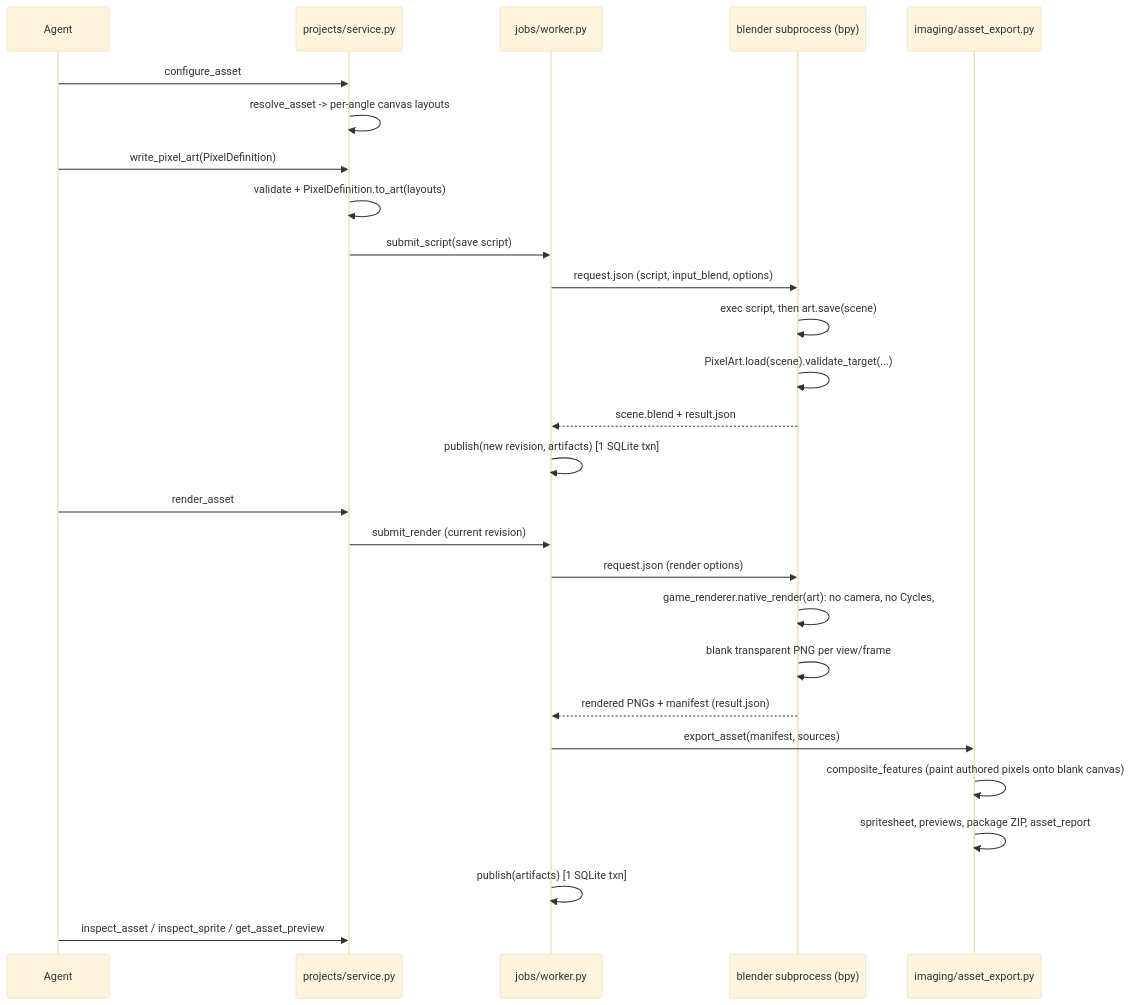
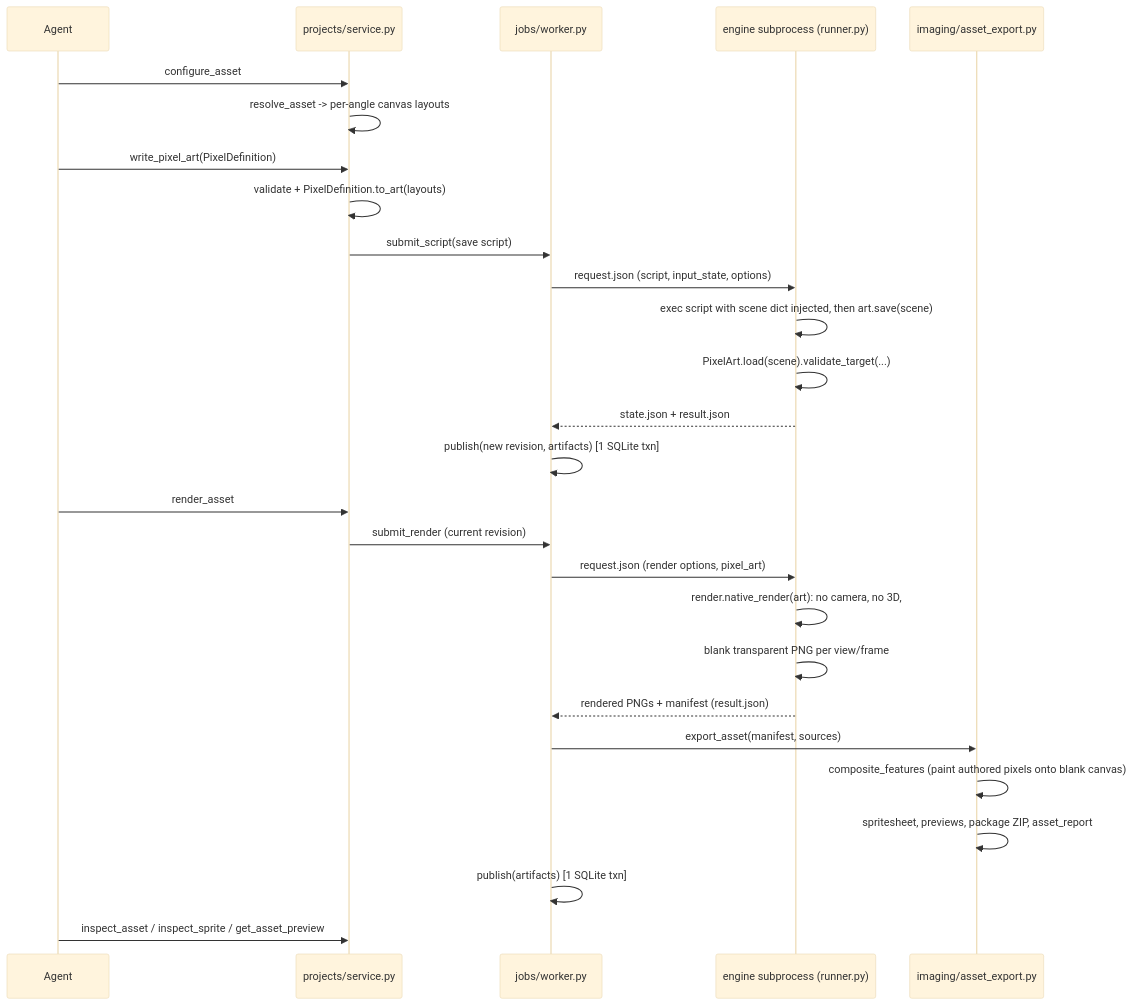
Before and after one commit to NNTin/pixel-art-mcp: the diagram in docs/rendering-pipeline.md, drawn with Mermaid (base theme). The commit also changed other lines of this file and 60 other files, not shown here.

````diff
--- a/docs/rendering-pipeline.md
+++ b/docs/rendering-pipeline.md
@@ -14,30 +15,30 @@
 ```mermaid
 sequenceDiagram
     participant Agent
     participant Service as projects/service.py
     participant Worker as jobs/worker.py
-    participant Blender as blender subprocess (bpy)
+    participant Engine as engine subprocess (runner.py)
     participant Export as imaging/asset_export.py
 
     Agent->>Service: configure_asset
     Service->>Service: resolve_asset -> per-angle canvas layouts
     Agent->>Service: write_pixel_art(PixelDefinition)
     Service->>Service: validate + PixelDefinition.to_art(layouts)
     Service->>Worker: submit_script(save script)
-    Worker->>Blender: request.json (script, input_blend, options)
-    Blender->>Blender: exec script, then art.save(scene)
-    Blender->>Blender: PixelArt.load(scene).validate_target(...)
-    Blender-->>Worker: scene.blend + result.json
+    Worker->>Engine: request.json (script, input_state, options)
+    Engine->>Engine: exec script with scene dict injected, then art.save(scene)
+    Engine->>Engine: PixelArt.load(scene).validate_target(...)
+    Engine-->>Worker: state.json + result.json
     Worker->>Worker: publish(new revision, artifacts) [1 SQLite txn]
     Agent->>Service: render_asset
     Service->>Worker: submit_render (current revision)
-    Worker->>Blender: request.json (render options)
-    Blender->>Blender: game_renderer.native_render(art): no camera, no Cycles,
-    Blender->>Blender: blank transparent PNG per view/frame
-    Blender-->>Worker: rendered PNGs + manifest (result.json)
+    Worker->>Engine: request.json (render options, pixel_art)
+    Engine->>Engine: render.native_render(art): no camera, no 3D,
+    Engine->>Engine: blank transparent PNG per view/frame
+    Engine-->>Worker: rendered PNGs + manifest (result.json)
     Worker->>Export: export_asset(manifest, sources)
     Export->>Export: composite_features (paint authored pixels onto blank canvas)
     Export->>Export: spritesheet, previews, package ZIP, asset_report
     Worker->>Worker: publish(artifacts) [1 SQLite txn]
     Agent->>Service: inspect_asset / inspect_sprite / get_asset_preview
 ```
````
